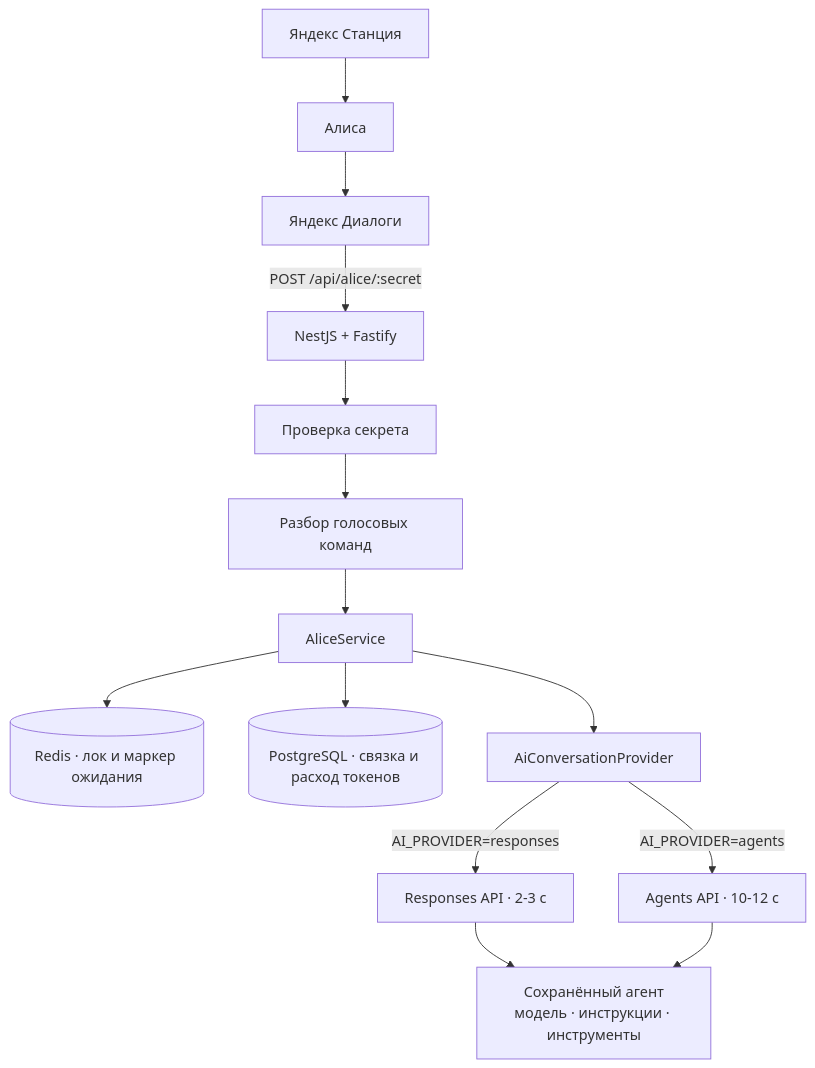
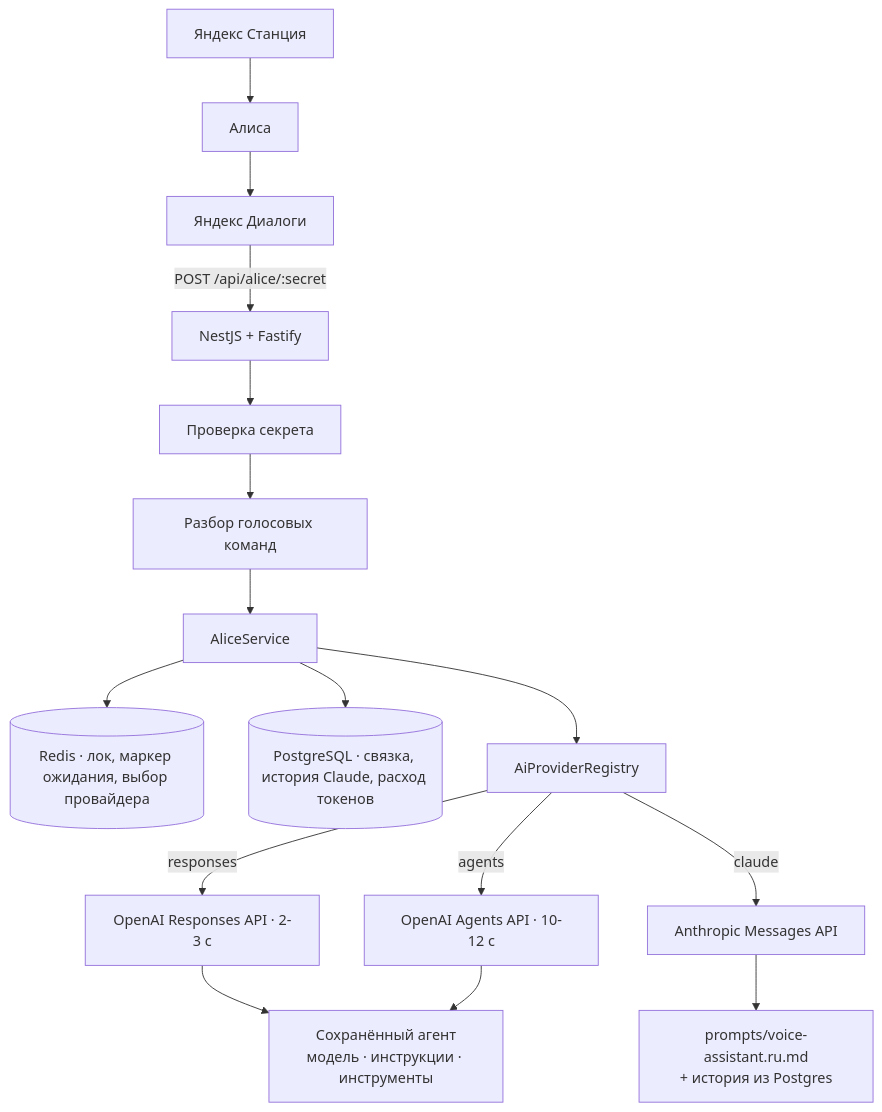
The diagram in README.md (pavser/makealicebetter), drawn with Mermaid before and after one commit. The commit also changed other lines of this file and 40 other files, not shown here.

First line of the commit message:
Провайдерная система: OpenAI остаётся, добавляется Claude

````diff
--- a/README.md
+++ b/README.md
@@ -38,19 +41,21 @@
 ```mermaid
 flowchart TD
     Station[Яндекс Станция] --> Alice[Алиса]
     Alice --> Dialogs[Яндекс Диалоги]
     Dialogs -->|POST /api/alice/:secret| Nest[NestJS + Fastify]
 
     Nest --> Guard[Проверка секрета]
     Guard --> Parser[Разбор голосовых команд]
     Parser --> Service[AliceService]
 
-    Service --> Redis[(Redis · лок и маркер ожидания)]
-    Service --> PG[(PostgreSQL · связка и расход токенов)]
-    Service --> Provider[AiConversationProvider]
+    Service --> Redis[(Redis · лок, маркер ожидания, выбор провайдера)]
+    Service --> PG[(PostgreSQL · связка, история Claude, расход токенов)]
+    Service --> Registry[AiProviderRegistry]
 
-    Provider -->|AI_PROVIDER=responses| Responses[Responses API · 2-3 с]
-    Provider -->|AI_PROVIDER=agents| Agents[Agents API · 10-12 с]
+    Registry -->|responses| Responses[OpenAI Responses API · 2-3 с]
+    Registry -->|agents| Agents[OpenAI Agents API · 10-12 с]
+    Registry -->|claude| Claude[Anthropic Messages API]
     Responses --> Saved[Сохранённый агент<br/>модель · инструкции · инструменты]
     Agents --> Saved
+    Claude --> Prompt[prompts/voice-assistant.ru.md<br/>+ история из Postgres]
 ```
````
